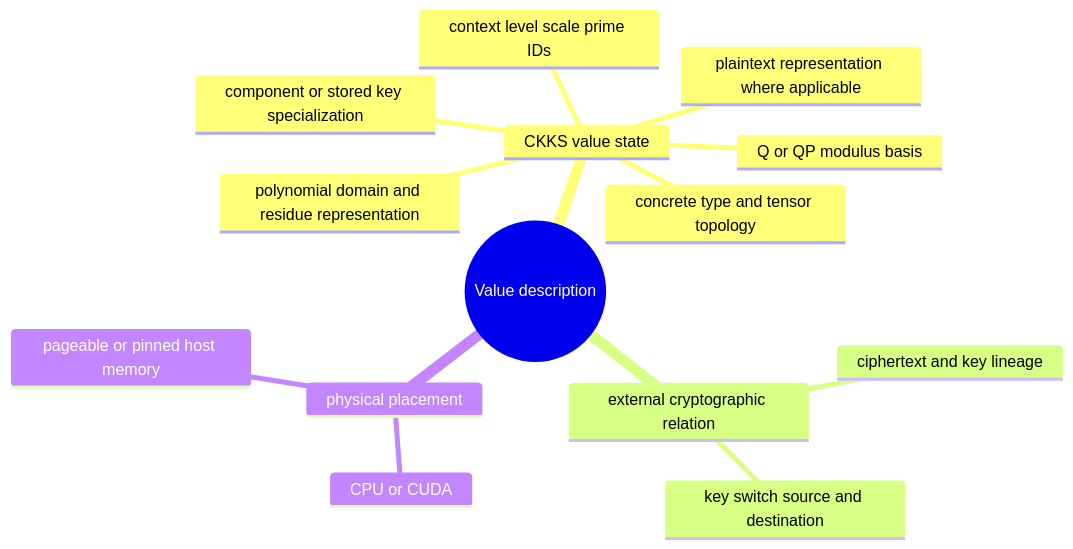
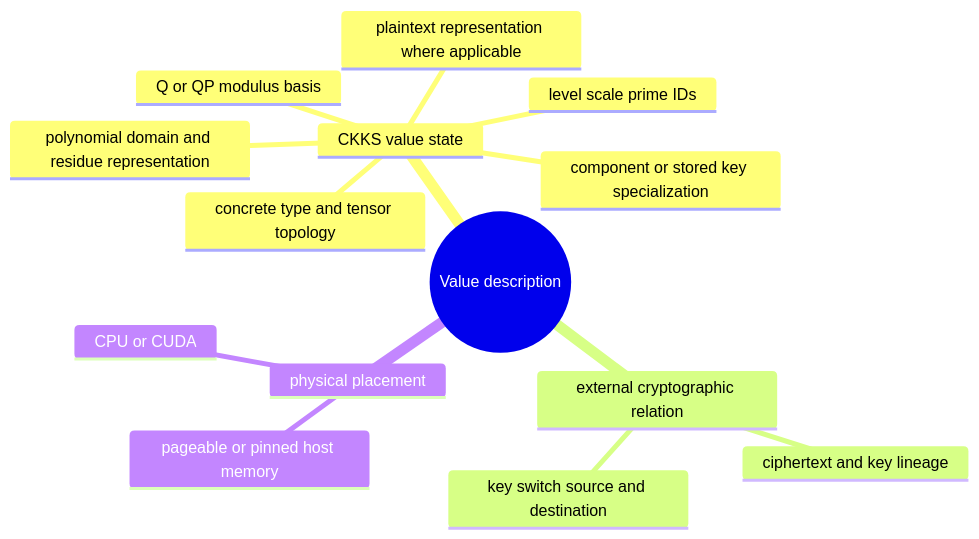
One commit to visualDust/fhelium changed the second of 3 diagrams in docs/concepts/ckks/value-model-and-identity.md. Above: the diagram before and after it, drawn with Mermaid. The commit also changed other lines of this file and 612 other files, not shown here.

Commit message:
Introduce several architecture changes and support Windows native build

````diff
--- a/docs/concepts/ckks/value-model-and-identity.md
+++ b/docs/concepts/ckks/value-model-and-identity.md
@@ -57,17 +45,17 @@
 ```mermaid
 mindmap
   root((Value description))
     CKKS value state
       concrete type and tensor topology
-      context level scale prime IDs
+      level scale prime IDs
       plaintext representation where applicable
       polynomial domain and residue representation
       Q or QP modulus basis
       component or stored key specialization
     external cryptographic relation
       ciphertext and key lineage
       key switch source and destination
     physical placement
       CPU or CUDA
       pageable or pinned host memory
 ```
````
